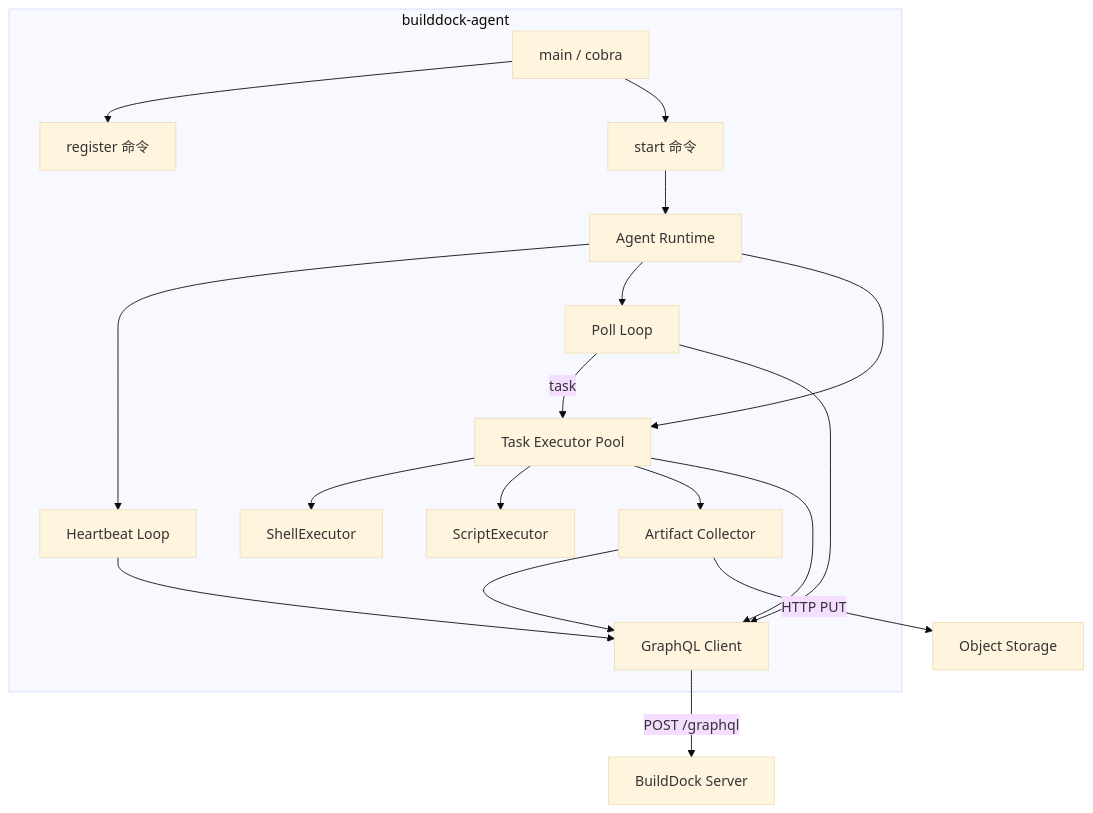
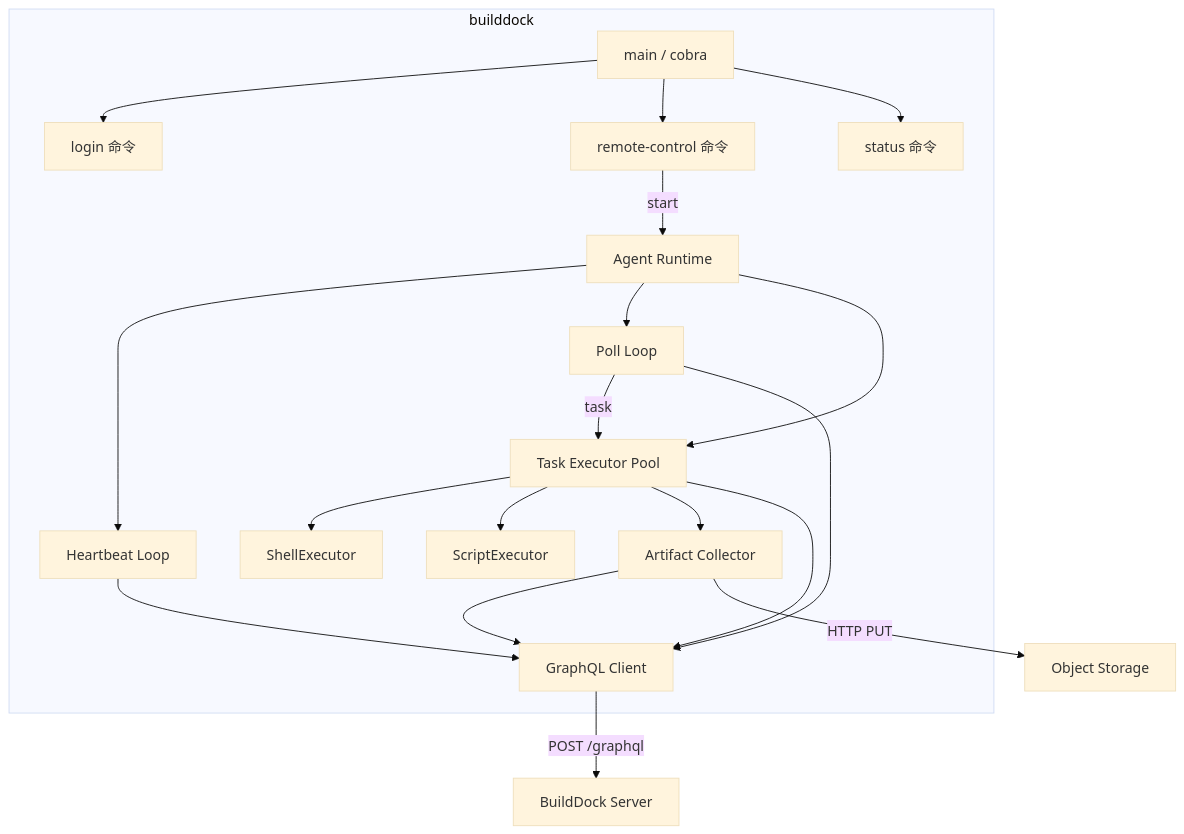
Before and after one commit to zhangfenglin/BuildDock: the first of 2 diagrams in docs/architecture/cli.md, drawn with Mermaid (base theme). The commit also changed other lines of this file and 8 other files, not shown here.

First line of the commit message:
docs: 设计 CLI 三命令 login / remote-control / status

````diff
--- a/docs/architecture/cli.md
+++ b/docs/architecture/cli.md
@@ -18,25 +20,26 @@
 ```mermaid
 flowchart TB
-    subgraph AgentProcess["builddock-agent"]
+    subgraph AgentProcess["builddock"]
         Main[main / cobra]
-        Main --> Register[register 命令]
-        Main --> Start[start 命令]
+        Main --> Login[login 命令]
+        Main --> RC[remote-control 命令]
+        Main --> StatusCmd[status 命令]
 
-        Start --> Runtime[Agent Runtime]
+        RC -->|start| Runtime[Agent Runtime]
         Runtime --> HB[Heartbeat Loop]
         Runtime --> Poll[Poll Loop]
         Runtime --> Exec[Task Executor Pool]
 
         Poll -->|task| Exec
         Exec --> Shell[ShellExecutor]
         Exec --> Script[ScriptExecutor]
         Exec --> Art[Artifact Collector]
         Art --> GQL[GraphQL Client]
         HB --> GQL
         Poll --> GQL
         Exec --> GQL
     end
 
     GQL -->|POST /graphql| Server[BuildDock Server]
     Art -->|HTTP PUT| S3[Object Storage]
 ```
````
